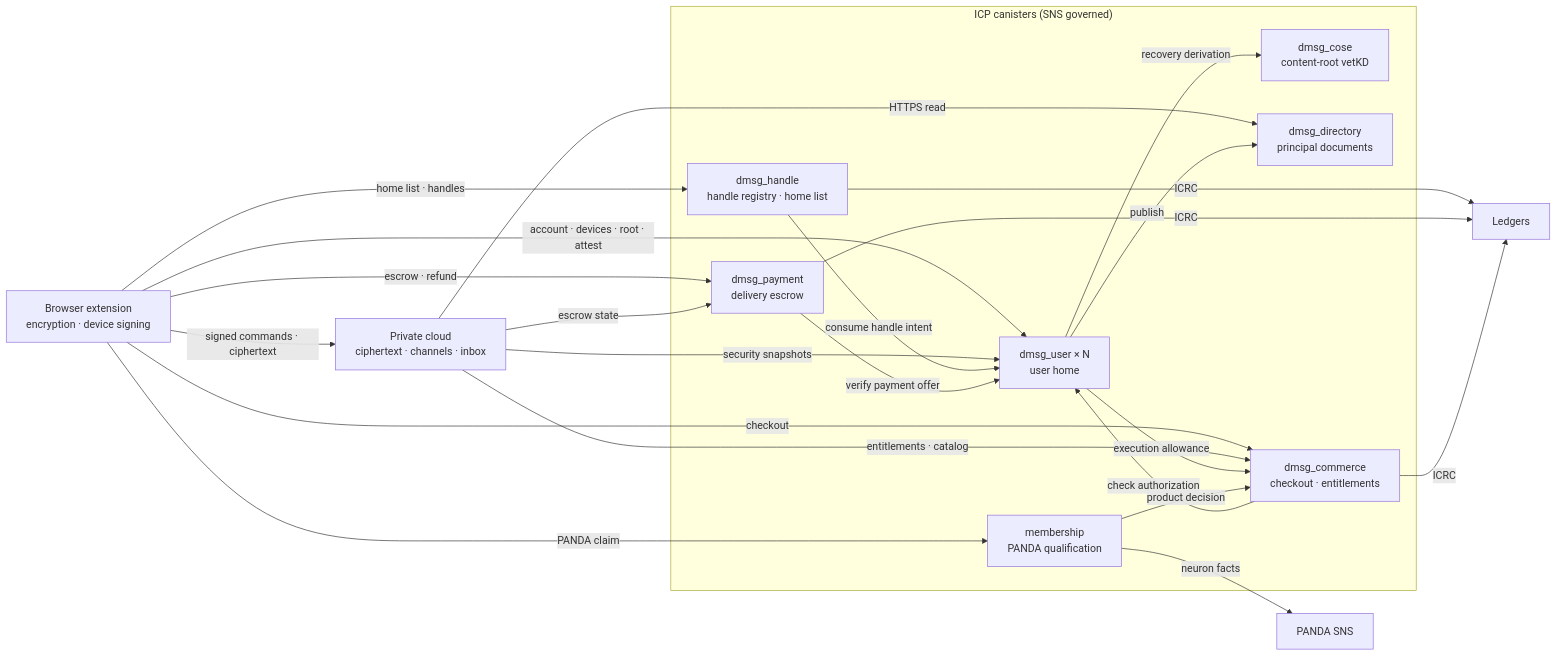
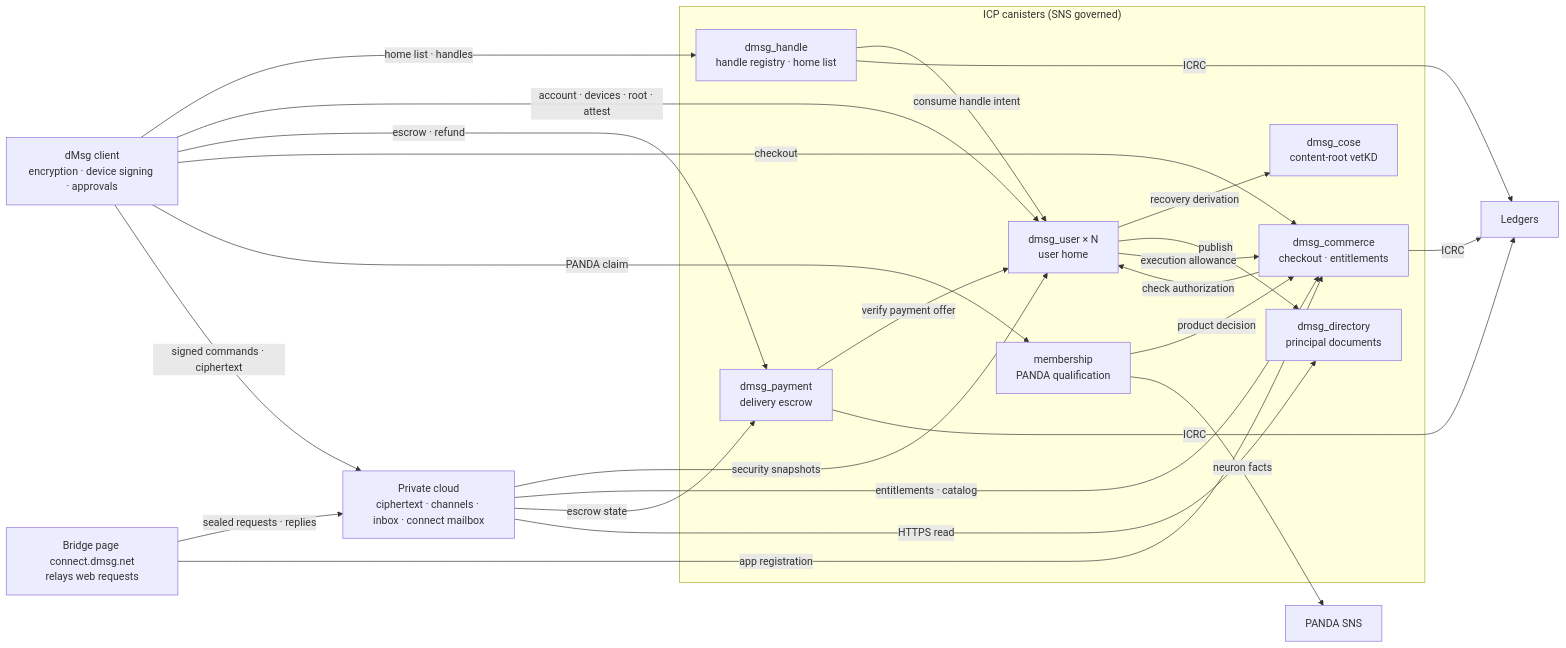
The first of 2 diagrams in docs/dmsg_architecture.md (ldclabs/ic-panda), drawn with Mermaid before and after one commit. The commit also changed other lines of this file and 259 other files, not shown here.

````diff
--- a/docs/dmsg_architecture.md
+++ b/docs/dmsg_architecture.md
@@ -27,35 +28,38 @@
 ```mermaid
 flowchart LR
-  EXT["Browser extension<br/>encryption · device signing"]
-  CLOUD["Private cloud<br/>ciphertext · channels · inbox"]
+  EXT["dMsg client<br/>encryption · device signing · approvals"]
+  BR["Bridge page connect.dmsg.net<br/>relays web requests"]
+  CLOUD["Private cloud<br/>ciphertext · channels · inbox · connect mailbox"]
   subgraph ICP["ICP canisters (SNS governed)"]
     H["dmsg_handle<br/>handle registry · home list"]
     U["dmsg_user × N<br/>user home"]
     K["dmsg_cose<br/>content-root vetKD"]
     D["dmsg_directory<br/>principal documents"]
     P["dmsg_payment<br/>delivery escrow"]
     C["dmsg_commerce<br/>checkout · entitlements"]
     M["membership<br/>PANDA qualification"]
   end
   EXT -- "home list · handles" --> H
   EXT -- "account · devices · root · attest" --> U
   EXT -- "escrow · refund" --> P
   EXT -- "checkout" --> C
   EXT -- "PANDA claim" --> M
   EXT -- "signed commands · ciphertext" --> CLOUD
+  BR -- "sealed requests · replies" --> CLOUD
+  BR -- "app registration" --> C
   CLOUD -- "security snapshots" --> U
   CLOUD -- "entitlements · catalog" --> C
   CLOUD -- "escrow state" --> P
   CLOUD -- "HTTPS read" --> D
   H -- "consume handle intent" --> U
   U -- "recovery derivation" --> K
   U -- "publish" --> D
   U -- "execution allowance" --> C
   P -- "verify payment offer" --> U
   C -- "check authorization" --> U
   M -- "product decision" --> C
   M -- "neuron facts" --> SNS["PANDA SNS"]
   H -- "ICRC" --> L["Ledgers"]
   P -- "ICRC" --> L
   C -- "ICRC" --> L
 ```
````
